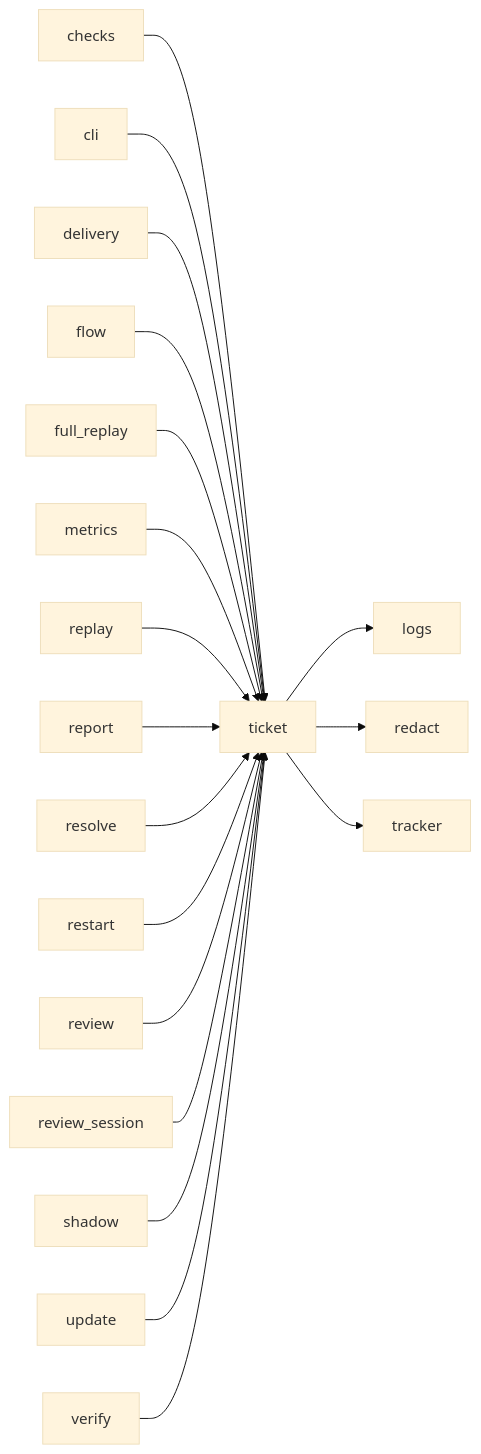
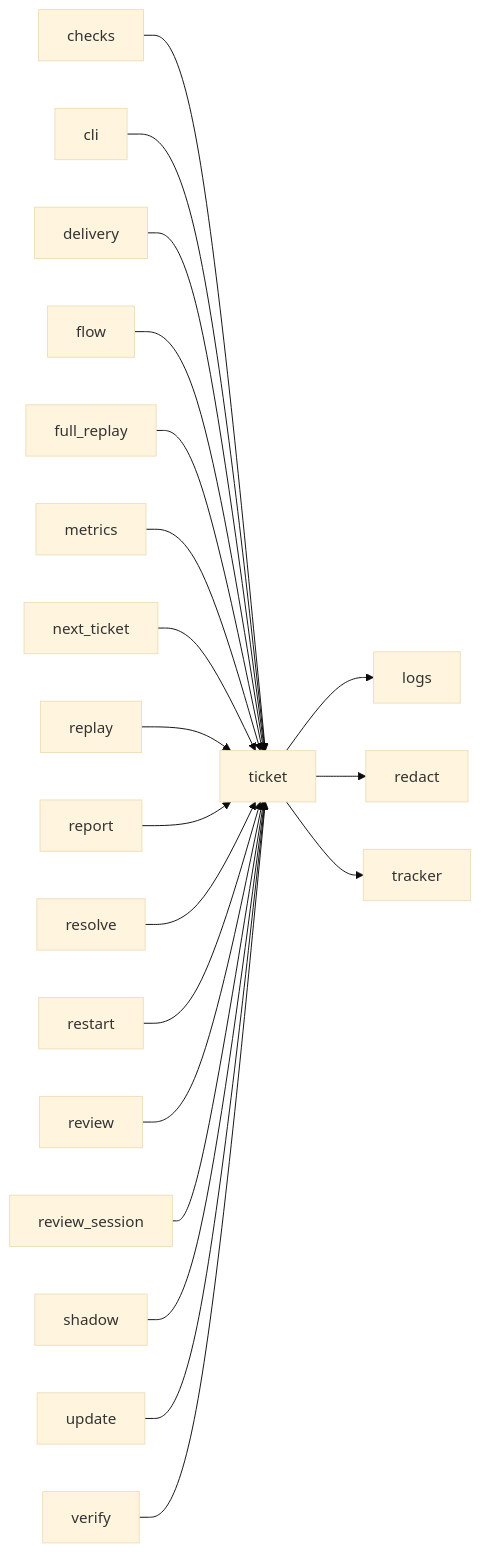
The third of 3 diagrams in docs/architecture/modules/ticket.md (plaplanche/ariane), drawn with Mermaid (base theme) before and after one commit. The commit also changed 42 other files, not shown here.

Commit message:
#223: ariane next: propose the next ticket that can start safely next to the running ones, start it on the owner's confirmation (C11, C22, C23)

````diff
--- a/docs/architecture/modules/ticket.md
+++ b/docs/architecture/modules/ticket.md
@@ -95,21 +95,22 @@
 ```mermaid
 flowchart LR
   checks --> ticket
   cli --> ticket
   delivery --> ticket
   flow --> ticket
   full_replay --> ticket
   metrics --> ticket
+  next_ticket --> ticket
   replay --> ticket
   report --> ticket
   resolve --> ticket
   restart --> ticket
   review --> ticket
   review_session --> ticket
   shadow --> ticket
   ticket --> logs
   ticket --> redact
   ticket --> tracker
   update --> ticket
   verify --> ticket
 ```
````
